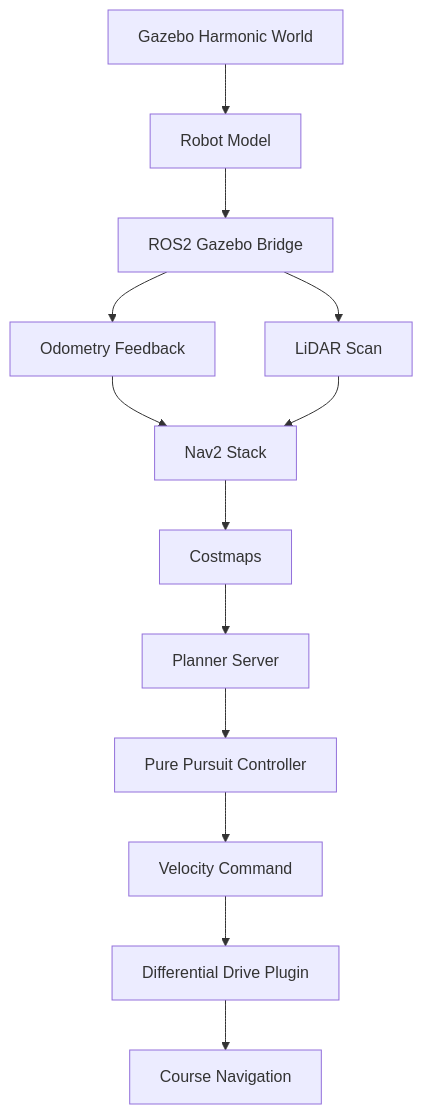
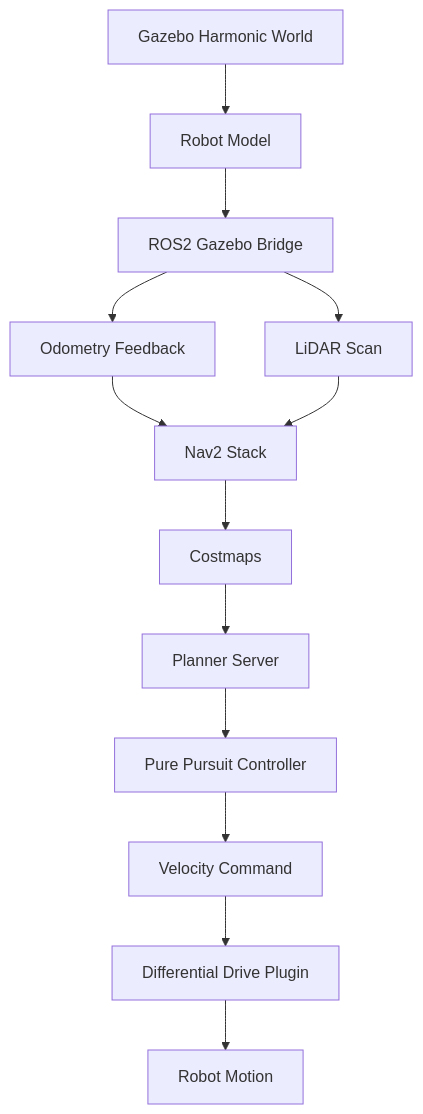
One commit to Lucas112356/Autonomous-Navigation-Simulation changed the diagram in README.md. Above: the diagram before and after it, drawn with Mermaid. The commit also changed other lines of this file and 5 other files, not shown here.

````diff
--- a/README.md
+++ b/README.md
@@ -99,15 +123,15 @@
 ```mermaid
 graph TD
     A[Gazebo Harmonic World] --> B[Robot Model]
     B --> C[ROS2 Gazebo Bridge]
     C --> D[Odometry Feedback]
     C --> I[LiDAR Scan]
     D --> E[Nav2 Stack]
     I --> E
     E --> J[Costmaps]
     J --> K[Planner Server]
     K --> L[Pure Pursuit Controller]
     L --> F[Velocity Command]
     F --> G[Differential Drive Plugin]
-    G --> H[Course Navigation]
+    G --> H[Robot Motion]
 ```
````
